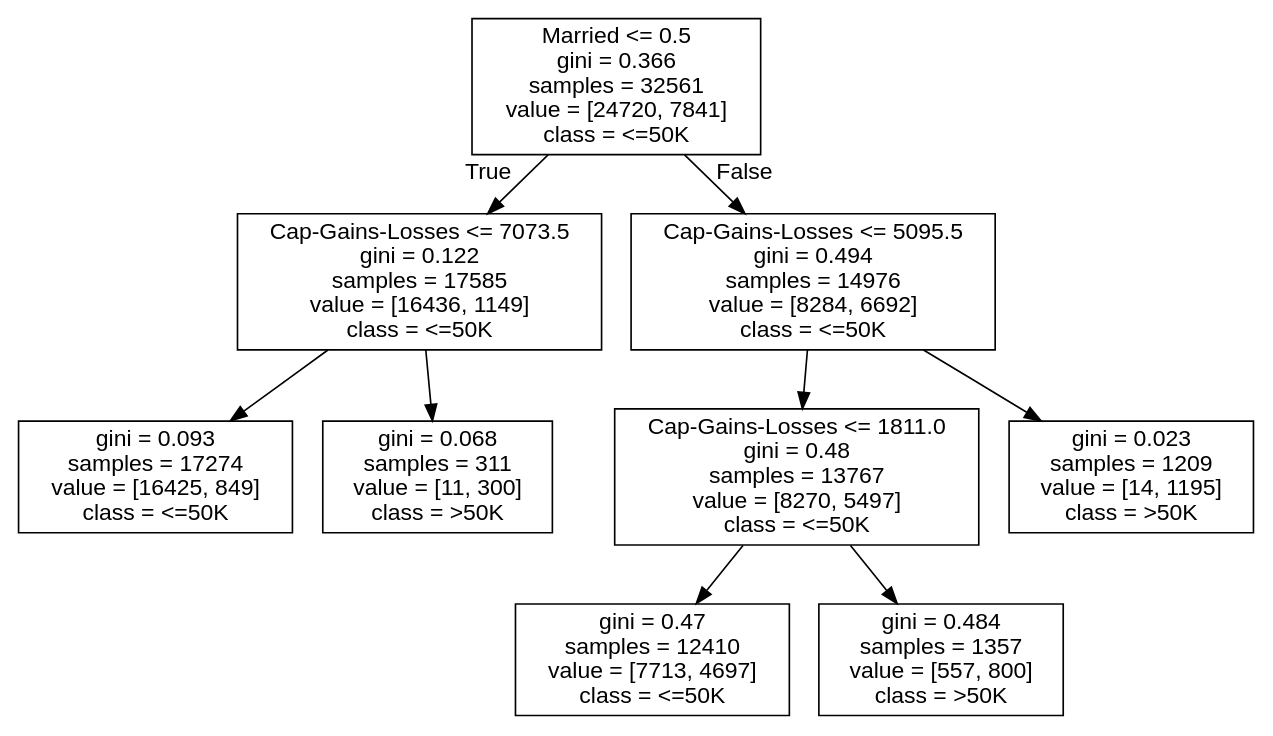
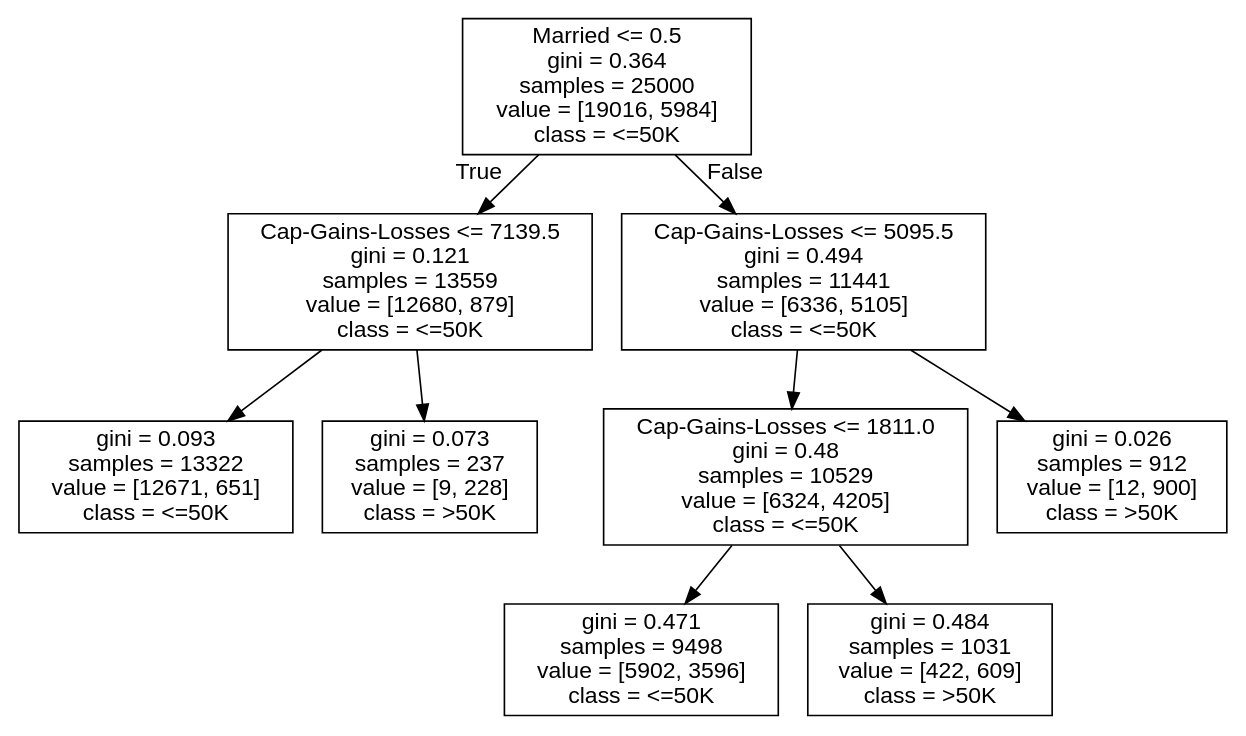
The diagram in cart14.dot (sascott9655/ADS-Hands-On-Exercises), drawn with Graphviz before and after one commit. The commit also changed 55 other files, not shown here.

```diff
--- a/cart14.dot
+++ b/cart14.dot
@@ -1,21 +1,21 @@
 digraph Tree {
 node [shape=box, fontname="helvetica"] ;
 edge [fontname="helvetica"] ;
-0 [label="Married <= 0.5\ngini = 0.366\nsamples = 32561\nvalue = [24720, 7841]\nclass = <=50K"] ;
-1 [label="Cap-Gains-Losses <= 7073.5\ngini = 0.122\nsamples = 17585\nvalue = [16436, 1149]\nclass = <=50K"] ;
+0 [label="Married <= 0.5\ngini = 0.364\nsamples = 25000\nvalue = [19016, 5984]\nclass = <=50K"] ;
+1 [label="Cap-Gains-Losses <= 7139.5\ngini = 0.121\nsamples = 13559\nvalue = [12680, 879]\nclass = <=50K"] ;
 0 -> 1 [labeldistance=2.5, labelangle=45, headlabel="True"] ;
-5 [label="gini = 0.093\nsamples = 17274\nvalue = [16425, 849]\nclass = <=50K"] ;
+5 [label="gini = 0.093\nsamples = 13322\nvalue = [12671, 651]\nclass = <=50K"] ;
 1 -> 5 ;
-6 [label="gini = 0.068\nsamples = 311\nvalue = [11, 300]\nclass = >50K"] ;
+6 [label="gini = 0.073\nsamples = 237\nvalue = [9, 228]\nclass = >50K"] ;
 1 -> 6 ;
-2 [label="Cap-Gains-Losses <= 5095.5\ngini = 0.494\nsamples = 14976\nvalue = [8284, 6692]\nclass = <=50K"] ;
+2 [label="Cap-Gains-Losses <= 5095.5\ngini = 0.494\nsamples = 11441\nvalue = [6336, 5105]\nclass = <=50K"] ;
 0 -> 2 [labeldistance=2.5, labelangle=-45, headlabel="False"] ;
-3 [label="Cap-Gains-Losses <= 1811.0\ngini = 0.48\nsamples = 13767\nvalue = [8270, 5497]\nclass = <=50K"] ;
+3 [label="Cap-Gains-Losses <= 1811.0\ngini = 0.48\nsamples = 10529\nvalue = [6324, 4205]\nclass = <=50K"] ;
 2 -> 3 ;
-7 [label="gini = 0.47\nsamples = 12410\nvalue = [7713, 4697]\nclass = <=50K"] ;
+7 [label="gini = 0.471\nsamples = 9498\nvalue = [5902, 3596]\nclass = <=50K"] ;
 3 -> 7 ;
-8 [label="gini = 0.484\nsamples = 1357\nvalue = [557, 800]\nclass = >50K"] ;
+8 [label="gini = 0.484\nsamples = 1031\nvalue = [422, 609]\nclass = >50K"] ;
 3 -> 8 ;
-4 [label="gini = 0.023\nsamples = 1209\nvalue = [14, 1195]\nclass = >50K"] ;
+4 [label="gini = 0.026\nsamples = 912\nvalue = [12, 900]\nclass = >50K"] ;
 2 -> 4 ;
 }
```
